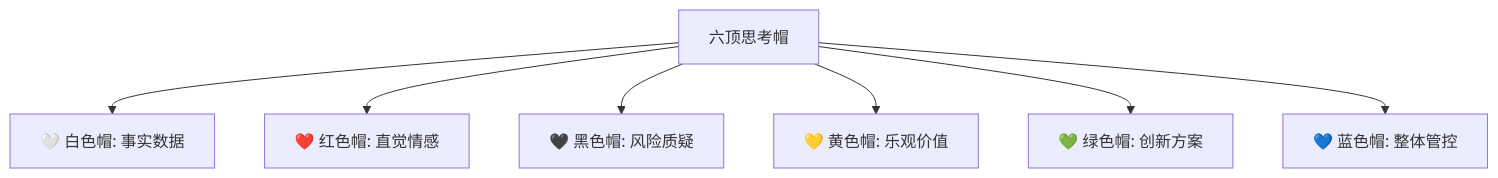
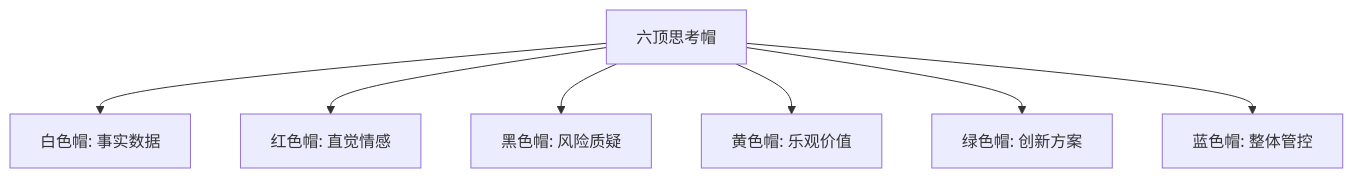
One commit to chongyang211/YCBookBlog changed the first of 5 diagrams in 10.打工充平常记录/10.自我精进七课/05.做事方法论实践/5.17六顶思考帽方法.md. Above: the diagram before and after it, drawn with Mermaid. The commit also changed other lines of this file and 55 other files, not shown here.

````diff
--- a/10.打工充平常记录/10.自我精进七课/05.做事方法论实践/5.17六顶思考帽方法.md
+++ b/10.打工充平常记录/10.自我精进七课/05.做事方法论实践/5.17六顶思考帽方法.md
@@ -25,9 +89,9 @@
 ```mermaid
 graph TD
-    A[六顶思考帽] --> B[🤍 白色帽: 事实数据]
-    A --> C[❤️ 红色帽: 直觉情感]
-    A --> D[🖤 黑色帽: 风险质疑]
-    A --> E[💛 黄色帽: 乐观价值]
-    A --> F[💚 绿色帽: 创新方案]
-    A --> G[💙 蓝色帽: 整体管控]
+    A[六顶思考帽] --> B[白色帽: 事实数据]
+    A --> C[红色帽: 直觉情感]
+    A --> D[黑色帽: 风险质疑]
+    A --> E[黄色帽: 乐观价值]
+    A --> F[绿色帽: 创新方案]
+    A --> G[蓝色帽: 整体管控]
 ```
````
